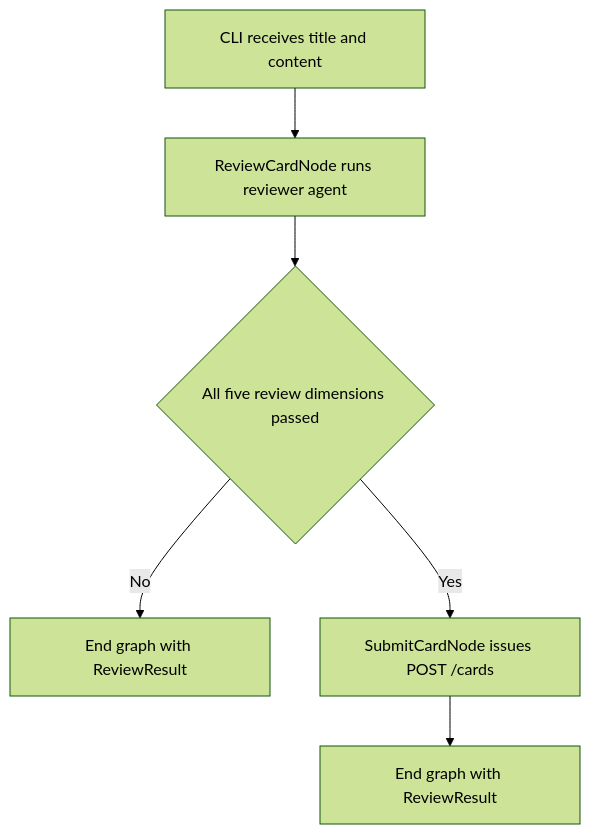
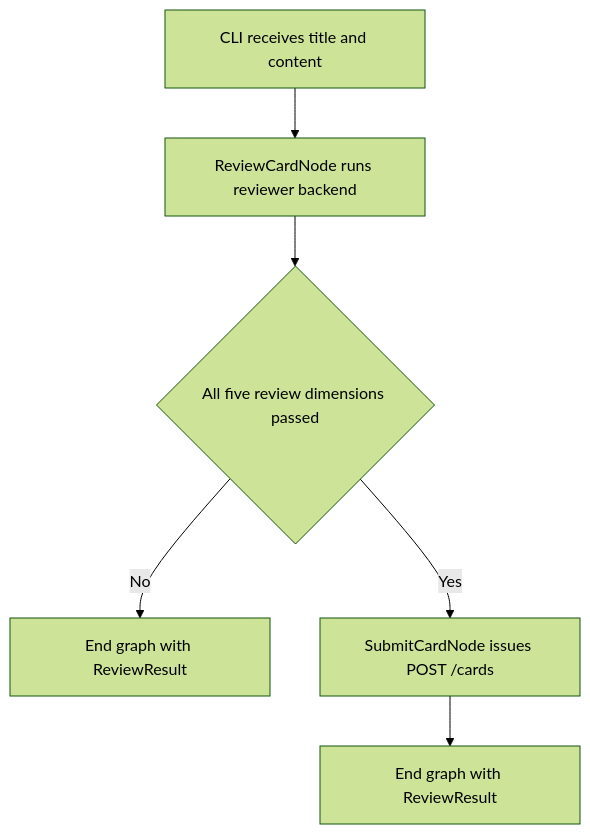
One commit to QinMian5/hll changed the diagram in .orbital/specs/designs/cli-review-orchestration.md. Above: the diagram before and after it, drawn with Mermaid (forest theme). The commit also changed other lines of this file and 4 other files, not shown here.

````diff
--- a/.orbital/specs/designs/cli-review-orchestration.md
+++ b/.orbital/specs/designs/cli-review-orchestration.md
@@ -96,15 +101,15 @@
 ```mermaid
 flowchart TD
     start["CLI receives title and content"]
-    review["ReviewCardNode runs reviewer agent"]
+    review["ReviewCardNode runs reviewer backend"]
     decision{"All five review dimensions passed"}
     reject["End graph with ReviewResult"]
     submit["SubmitCardNode issues POST /cards"]
     finish["End graph with ReviewResult"]
 
     start --> review
     review --> decision
     decision -->|No| reject
     decision -->|Yes| submit
     submit --> finish
 ```
````
